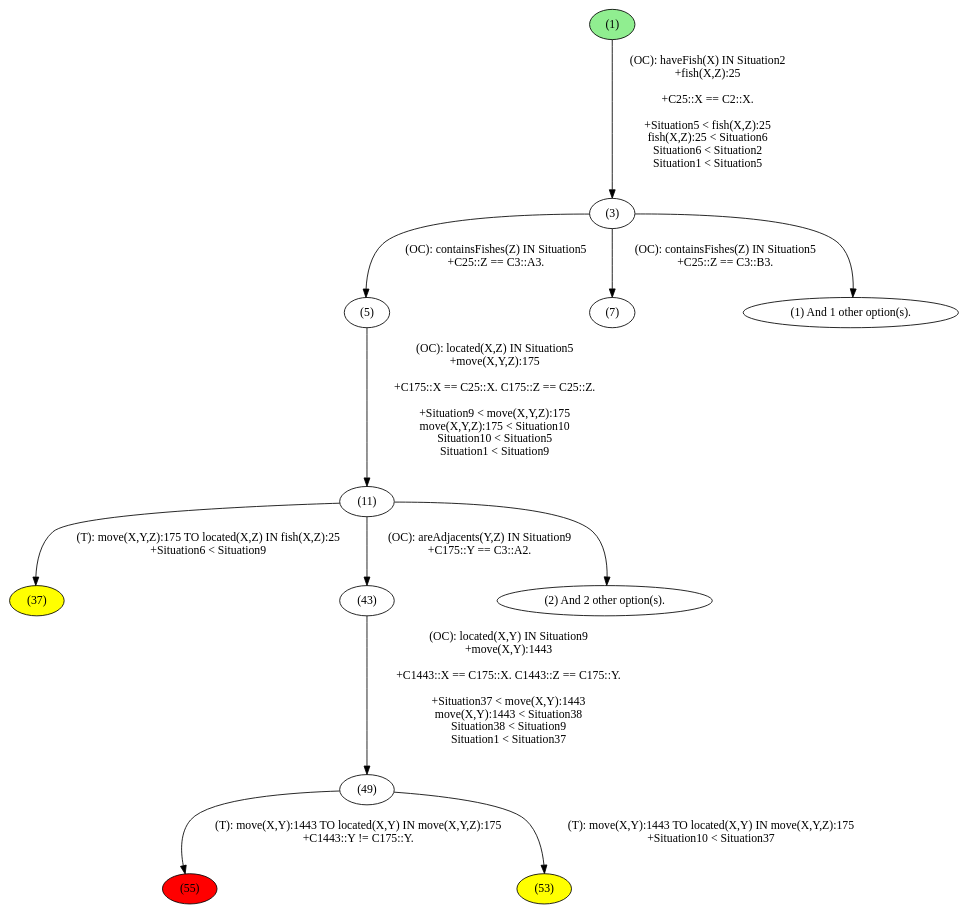
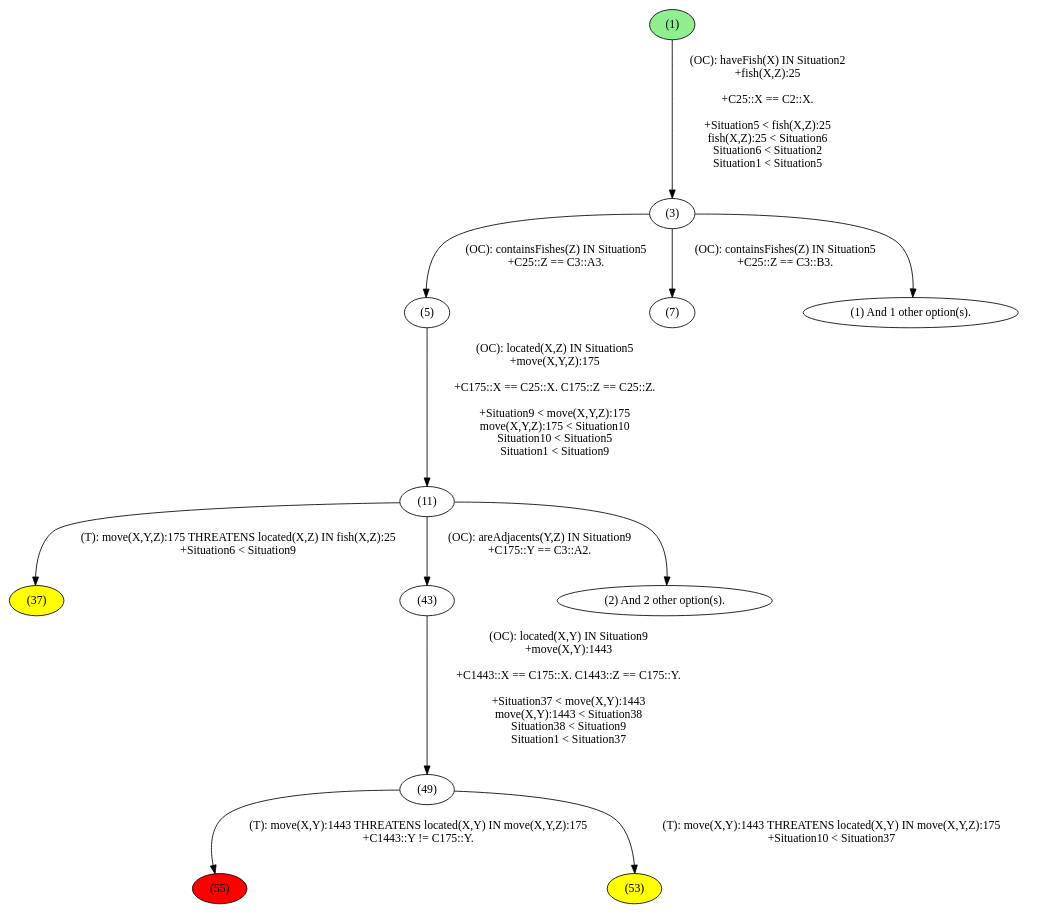
The diagram in output/detailed.png.dot (tokyramarozaka/mimosa-iriela-extension), drawn with Graphviz before and after one commit. The commit also changed 11 other files, not shown here.

```diff
--- a/output/detailed.png.dot
+++ b/output/detailed.png.dot
@@ -1,65 +1,65 @@
 digraph G {
 "(55) " [style=filled,fillcolor="red"];
 "(53) " [style=filled,fillcolor="yellow"];
 "(37) " [style=filled,fillcolor="yellow"];
 "(1) " [style=filled,fillcolor="lightgreen"];
 "(1) " -> "(3) " [label="(OC): haveFish(X) IN Situation2
 +fish(X,Z):25
 
 +C25::X == C2::X. 
 
 +Situation5 < fish(X,Z):25
 fish(X,Z):25 < Situation6
 Situation6 < Situation2
 Situation1 < Situation5
 
 "];
 "(3) " -> "(5) " [label="(OC): containsFishes(Z) IN Situation5
 +C25::Z == C3::A3. 
 
 "];
 "(3) " -> "(7) " [label="(OC): containsFishes(Z) IN Situation5
 +C25::Z == C3::B3. 
 
 "];
 "(3) " -> "(1) And 1 other option(s).";
 "(5) " -> "(11) " [label="(OC): located(X,Z) IN Situation5
 +move(X,Y,Z):175
 
 +C175::X == C25::X. C175::Z == C25::Z. 
 
 +Situation9 < move(X,Y,Z):175
 move(X,Y,Z):175 < Situation10
 Situation10 < Situation5
 Situation1 < Situation9
 
 "];
 "(11) " -> "(43) " [label="(OC): areAdjacents(Y,Z) IN Situation9
 +C175::Y == C3::A2. 
 
 "];
-"(11) " -> "(37) " [label="(T): move(X,Y,Z):175 TO located(X,Z) IN fish(X,Z):25
+"(11) " -> "(37) " [label="(T): move(X,Y,Z):175 THREATENS located(X,Z) IN fish(X,Z):25
 +Situation6 < Situation9
 
 "];
 "(11) " -> "(2) And 2 other option(s).";
 "(43) " -> "(49) " [label="(OC): located(X,Y) IN Situation9
 +move(X,Y):1443
 
 +C1443::X == C175::X. C1443::Z == C175::Y. 
 
 +Situation37 < move(X,Y):1443
 move(X,Y):1443 < Situation38
 Situation38 < Situation9
 Situation1 < Situation37
 
 "];
-"(49) " -> "(55) " [label="(T): move(X,Y):1443 TO located(X,Y) IN move(X,Y,Z):175
+"(49) " -> "(55) " [label="(T): move(X,Y):1443 THREATENS located(X,Y) IN move(X,Y,Z):175
 +C1443::Y != C175::Y. 
 
 "];
-"(49) " -> "(53) " [label="(T): move(X,Y):1443 TO located(X,Y) IN move(X,Y,Z):175
+"(49) " -> "(53) " [label="(T): move(X,Y):1443 THREATENS located(X,Y) IN move(X,Y,Z):175
 +Situation10 < Situation37
 
 "];
 }
```
